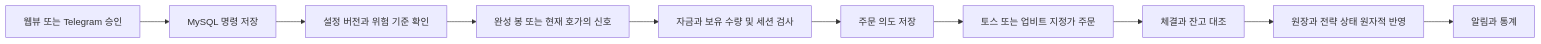
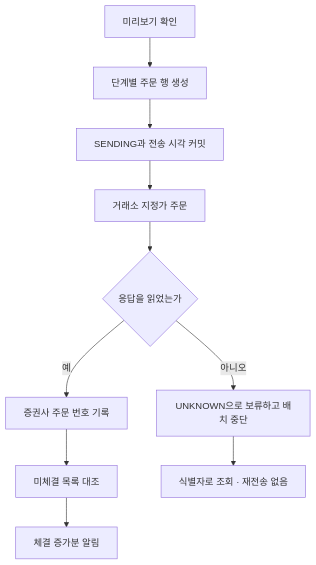
The diagram in docs/architecture.md (magicsih/cotrader), drawn with Mermaid before and after one commit. The commit also changed other lines of this file and 177 other files, not shown here.

````diff
--- a/docs/architecture.md
+++ b/docs/architecture.md
@@ -15,12 +63,12 @@
 ```mermaid
-flowchart LR
-  A["웹뷰 또는 Telegram 승인"] --> B["MySQL 명령 저장"]
-  B --> C["설정 버전과 위험 기준 확인"]
-  C --> D["완성 봉 또는 현재 호가의 신호"]
-  D --> E["자금과 보유 수량 및 세션 검사"]
-  E --> F["주문 의도 저장"]
-  F --> G["토스 또는 업비트 지정가 주문"]
-  G --> H["체결과 잔고 대조"]
-  H --> I["원장과 전략 상태 원자적 반영"]
-  I --> J["알림과 통계"]
+flowchart TD
+  A["미리보기 확인"] --> B["단계별 주문 행 생성"]
+  B --> C["SENDING과 전송 시각 커밋"]
+  C --> D["거래소 지정가 주문"]
+  D --> E{"응답을 읽었는가"}
+  E -- "예" --> F["증권사 주문 번호 기록"]
+  E -- "아니오" --> G["UNKNOWN으로 보류하고 배치 중단"]
+  F --> H["미체결 목록 대조"]
+  G --> I["식별자로 조회 · 재전송 없음"]
+  H --> J["체결 증가분 알림"]
 ```
````
